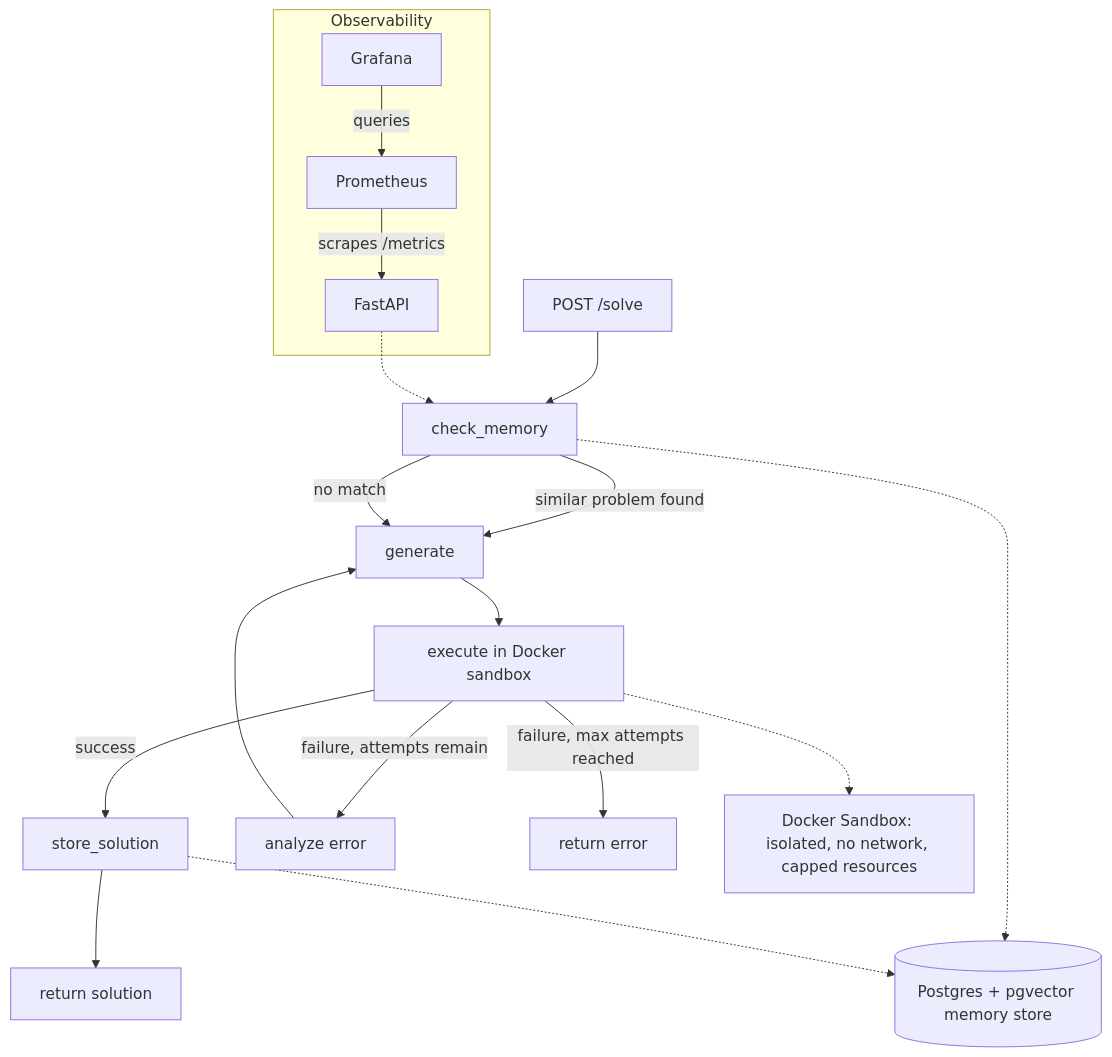
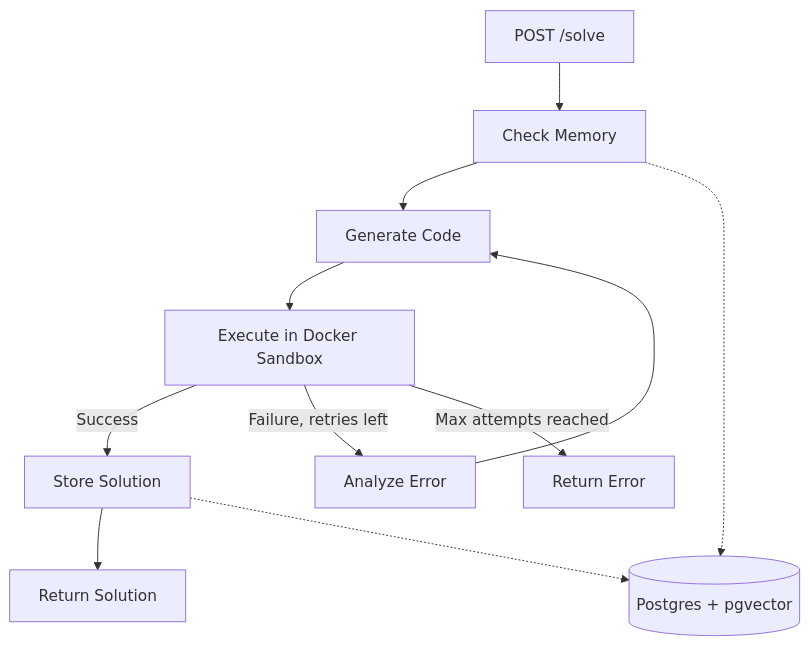
One commit to hanasogenanditha/self-healing-agent changed the diagram in README.md. Above: the diagram before and after it, drawn with Mermaid. The commit also changed other lines of this file, not shown here.

Commit message:
Revise architecture diagram and observability details
Updated architecture diagram and observability section in README.

````diff
--- a/README.md
+++ b/README.md
@@ -33,23 +33,14 @@
 ```mermaid
 flowchart TD
-    A[POST /solve] --> B[check_memory]
-    B -->|similar problem found| C[generate]
-    B -->|no match| C
-    C --> D[execute in Docker sandbox]
-    D -->|success| E[store_solution]
-    D -->|failure, attempts remain| F[analyze error]
+    A[POST /solve] --> B[Check Memory]
+    B --> C[Generate Code]
+    C --> D[Execute in Docker Sandbox]
+    D -->|Success| E[Store Solution]
+    D -->|Failure, retries left| F[Analyze Error]
     F --> C
-    D -->|failure, max attempts reached| G[return error]
-    E --> H[return solution]
+    D -->|Max attempts reached| G[Return Error]
+    E --> H[Return Solution]
 
-    B -.-> M[(Postgres + pgvector memory store)]
+    B -.-> M[(Postgres + pgvector)]
     E -.-> M
-    D -.-> S[Docker Sandbox: isolated, no network, capped resources]
-
-    subgraph Observability
-        P[Prometheus] -->|scrapes /metrics| API[FastAPI]
-        G2[Grafana] -->|queries| P
-    end
-
-    API -.-> B
 ```
````
